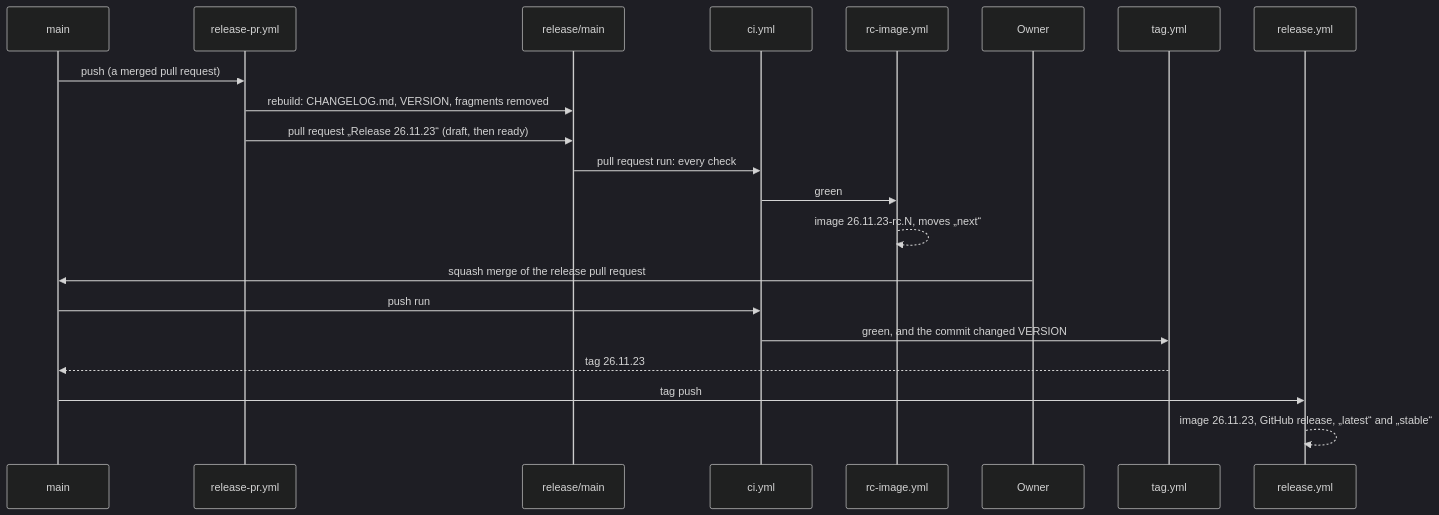
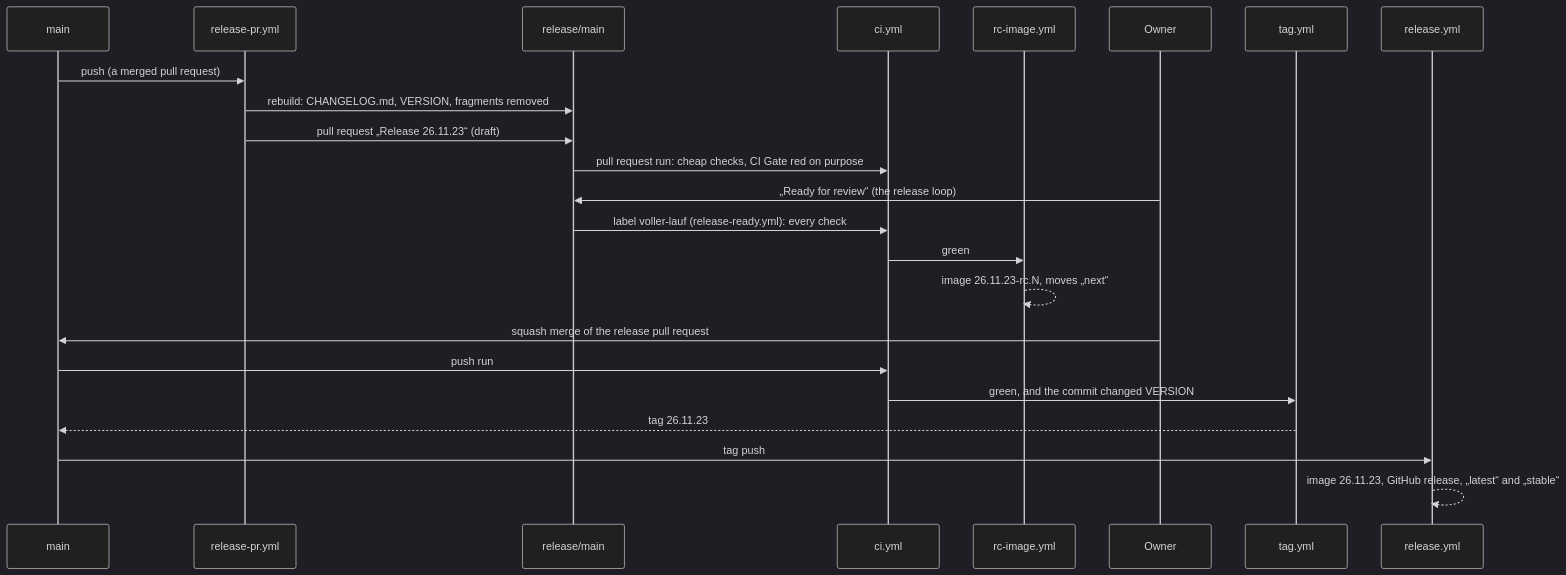
The third of 4 diagrams in website/src/content/docs/git-workflow.md (Heiss/nova-imperium), drawn with Mermaid (dark theme) before and after one commit. The commit also changed other lines of this file and 15 other files, not shown here.

First line of the commit message:
Release pull request of main: expensive checks on request only (#147) (#179)

````diff
--- a/website/src/content/docs/git-workflow.md
+++ b/website/src/content/docs/git-workflow.md
@@ -115,23 +126,25 @@
 ```mermaid
 sequenceDiagram
   participant M as main
   participant RP as release-pr.yml
   participant RB as release/main
   participant CI as ci.yml
   participant RC as rc-image.yml
   participant O as Owner
   participant T as tag.yml
   participant R as release.yml
   M->>RP: push (a merged pull request)
   RP->>RB: rebuild: CHANGELOG.md, VERSION, fragments removed
-  RP->>RB: pull request „Release 26.11.23“ (draft, then ready)
-  RB->>CI: pull request run: every check
+  RP->>RB: pull request „Release 26.11.23“ (draft)
+  RB->>CI: pull request run: cheap checks, CI Gate red on purpose
+  O->>RB: „Ready for review“ (the release loop)
+  RB->>CI: label voller-lauf (release-ready.yml): every check
   CI->>RC: green
   RC-->>RC: image 26.11.23-rc.N, moves „next“
   O->>M: squash merge of the release pull request
   M->>CI: push run
   CI->>T: green, and the commit changed VERSION
   T-->>M: tag 26.11.23
   M->>R: tag push
   R-->>R: image 26.11.23, GitHub release, „latest“ and „stable“
 ```
````
